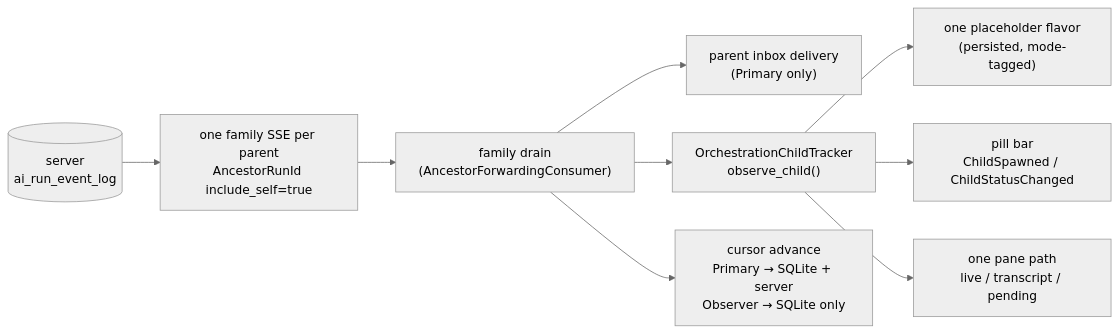
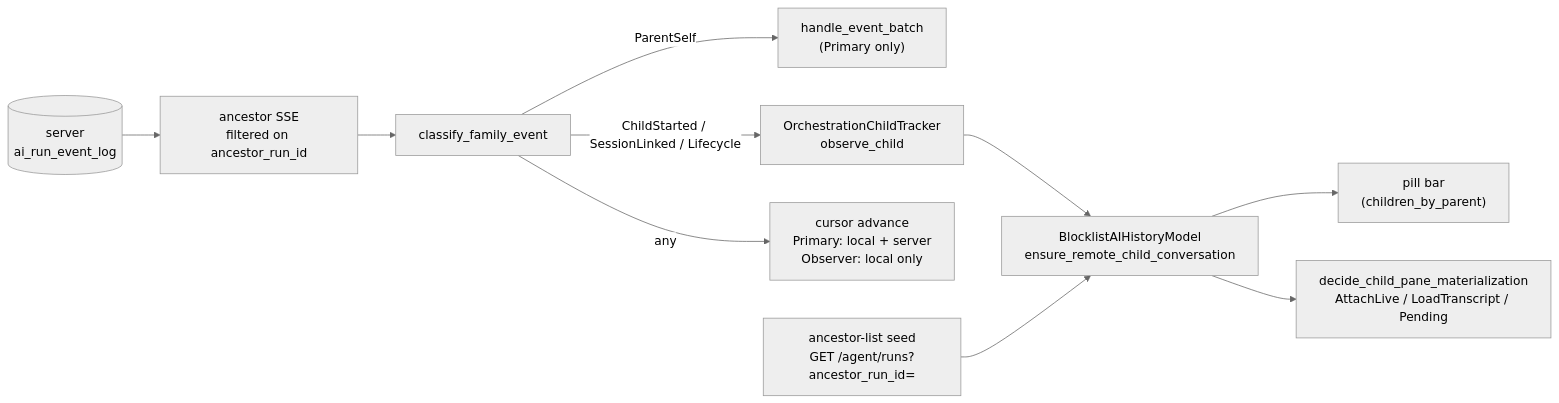
Before and after one commit to POOKTECH003/warp: the diagram in specs/QUALITY-928/TECH.md, drawn with Mermaid (neutral theme). The commit also changed other lines of this file, not shown here.

First line of the commit message:
Rewrite orchestration child stack tech spec as final architecture

````diff
--- a/specs/QUALITY-928/TECH.md
+++ b/specs/QUALITY-928/TECH.md
@@ -488,11 +31,12 @@
 ```mermaid
 flowchart LR
-  LOG[("server<br/>ai_run_event_log")] --> FS["one family SSE per parent<br/>AncestorRunId include_self=true"]
-  FS --> FD["family drain<br/>(AncestorForwardingConsumer)"]
-  FD --> INBOX["parent inbox delivery<br/>(Primary only)"]
-  FD --> TRK["OrchestrationChildTracker<br/>observe_child()"]
-  FD --> CUR["cursor advance<br/>Primary → SQLite + server<br/>Observer → SQLite only"]
-  TRK --> PLH["one placeholder flavor<br/>(persisted, mode-tagged)"]
-  TRK --> PB["pill bar<br/>ChildSpawned / ChildStatusChanged"]
-  TRK --> MAT["one pane path<br/>live / transcript / pending"]
+  LOG[("server<br/>ai_run_event_log")] --> SSE["ancestor SSE<br/>filtered on ancestor_run_id"]
+  SSE --> CF["classify_family_event"]
+  CF -->|ParentSelf| HEB["handle_event_batch<br/>(Primary only)"]
+  CF -->|ChildStarted / SessionLinked / Lifecycle| TRK["OrchestrationChildTracker<br/>observe_child"]
+  CF -->|any| CUR["cursor advance<br/>Primary: local + server<br/>Observer: local only"]
+  TRK --> HIST["BlocklistAIHistoryModel<br/>ensure_remote_child_conversation"]
+  HIST --> PILL["pill bar<br/>(children_by_parent)"]
+  HIST --> MAT["decide_child_pane_materialization<br/>AttachLive / LoadTranscript / Pending"]
+  REST["ancestor-list seed<br/>GET /agent/runs?ancestor_run_id="] --> HIST
 ```
````
